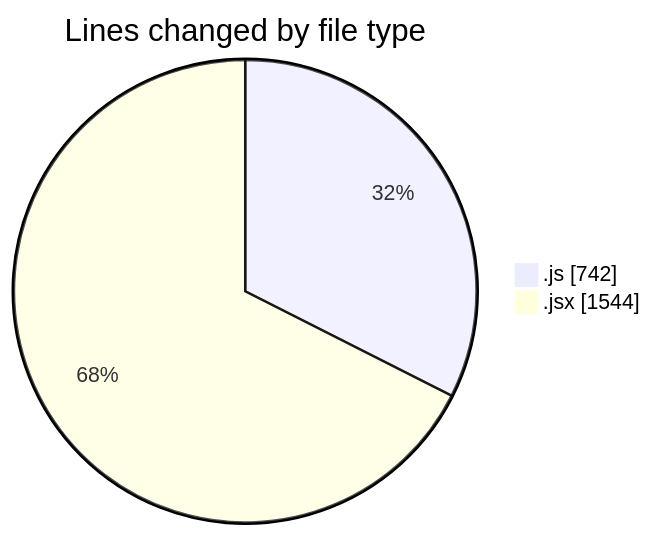
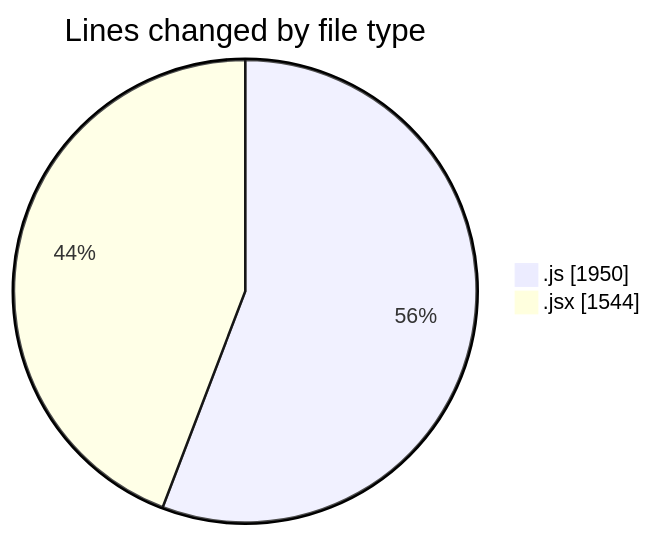
Before and after one commit to nxtqubesakshisongat/code-tracking: the first of 2 diagrams in 2025-08-29/nxtqube_webapp/README.md, drawn with Mermaid. The commit also changed other lines of this file and 1 other file, not shown here.

````diff
--- a/2025-08-29/nxtqube_webapp/README.md
+++ b/2025-08-29/nxtqube_webapp/README.md
@@ -23,6 +23,6 @@
 ```mermaid
 pie showData
 title Lines changed by file type
-".js" : 742
+".js" : 1950
 ".jsx" : 1544
 ```
````
